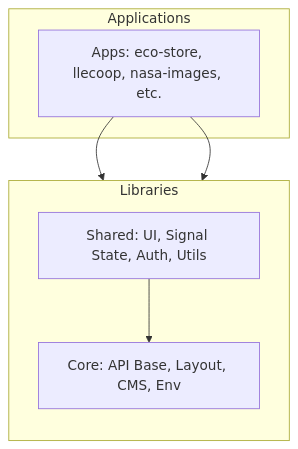
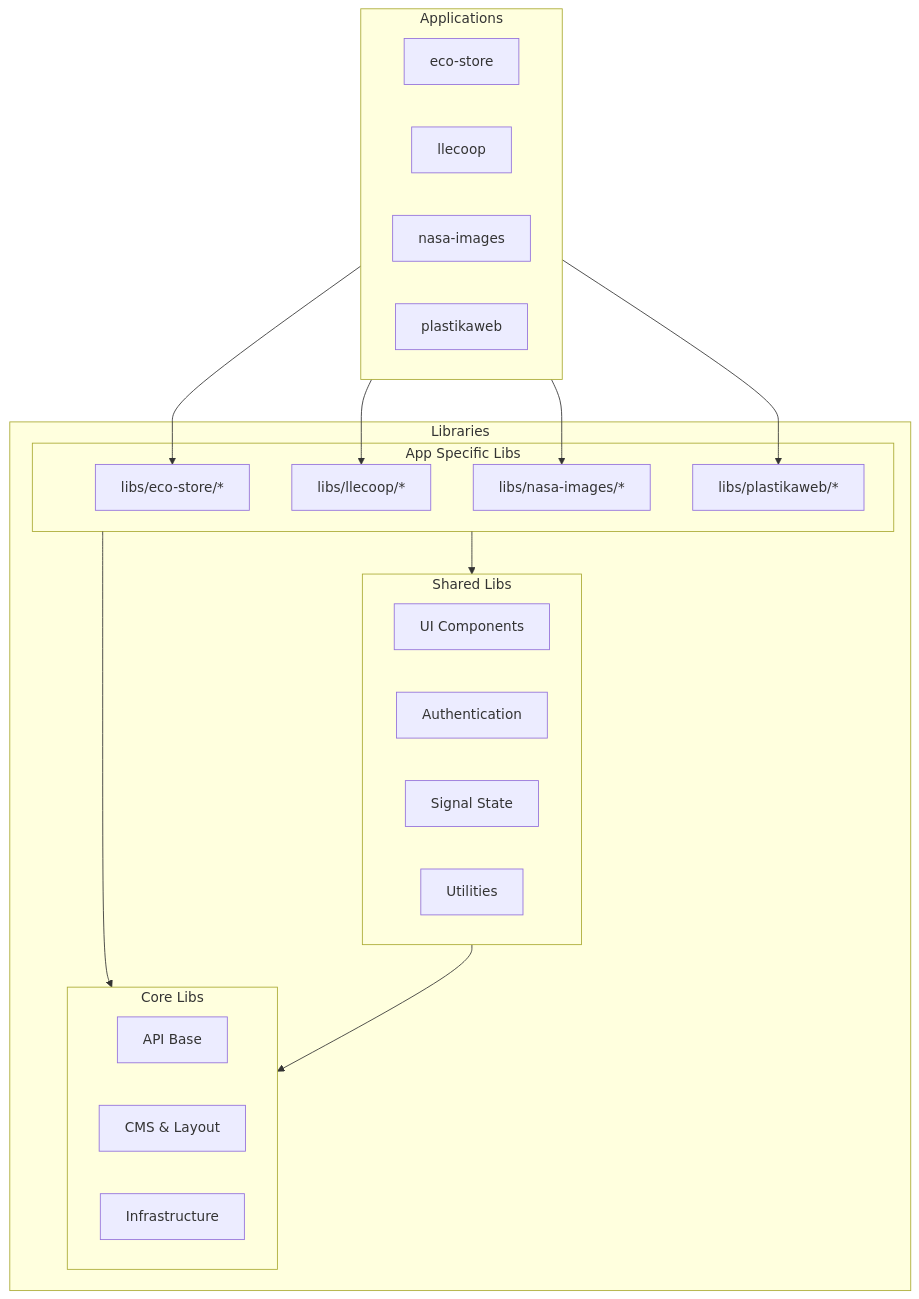
Before and after one commit to plastikaweb/plastikspace: the diagram in README.md, drawn with Mermaid. The commit also changed other lines of this file and 29 other files, not shown here.

First line of the commit message:
feat(eco-store): #868 enhance login page with tenant branding and scroll management

````diff
--- a/README.md
+++ b/README.md
@@ -52,16 +52,41 @@
 ```mermaid
 graph TD
     subgraph Applications
-        Apps[Apps: eco-store, llecoop, nasa-images, etc.]
+        direction LR
+        EcoStore[eco-store]
+        Llecoop[llecoop]
+        NasaImages[nasa-images]
+        PlastikaWeb[plastikaweb]
     end
 
     subgraph Libraries
-        direction TB
-        Shared[Shared: UI, Signal State, Auth, Utils]
-        Core[Core: API Base, Layout, CMS, Env]
+        subgraph AppSpecific [App Specific Libs]
+            EcoLib[libs/eco-store/*]
+            LlecoopLib[libs/llecoop/*]
+            NasaLib[libs/nasa-images/*]
+            PlastikaLib[libs/plastikaweb/*]
+        end
+
+        subgraph SharedLib [Shared Libs]
+            UI[UI Components]
+            Auth[Authentication]
+            State[Signal State]
+            Utils[Utilities]
+        end
+
+        subgraph CoreLib [Core Libs]
+            API[API Base]
+            Layout[CMS & Layout]
+            Infra[Infrastructure]
+        end
     end
 
-    Apps --> Shared
-    Apps --> Core
-    Shared --> Core
+    EcoStore --> EcoLib
+    Llecoop --> LlecoopLib
+    NasaImages --> NasaLib
+    PlastikaWeb --> PlastikaLib
+
+    AppSpecific --> SharedLib
+    AppSpecific --> CoreLib
+    SharedLib --> CoreLib
 ```
````
